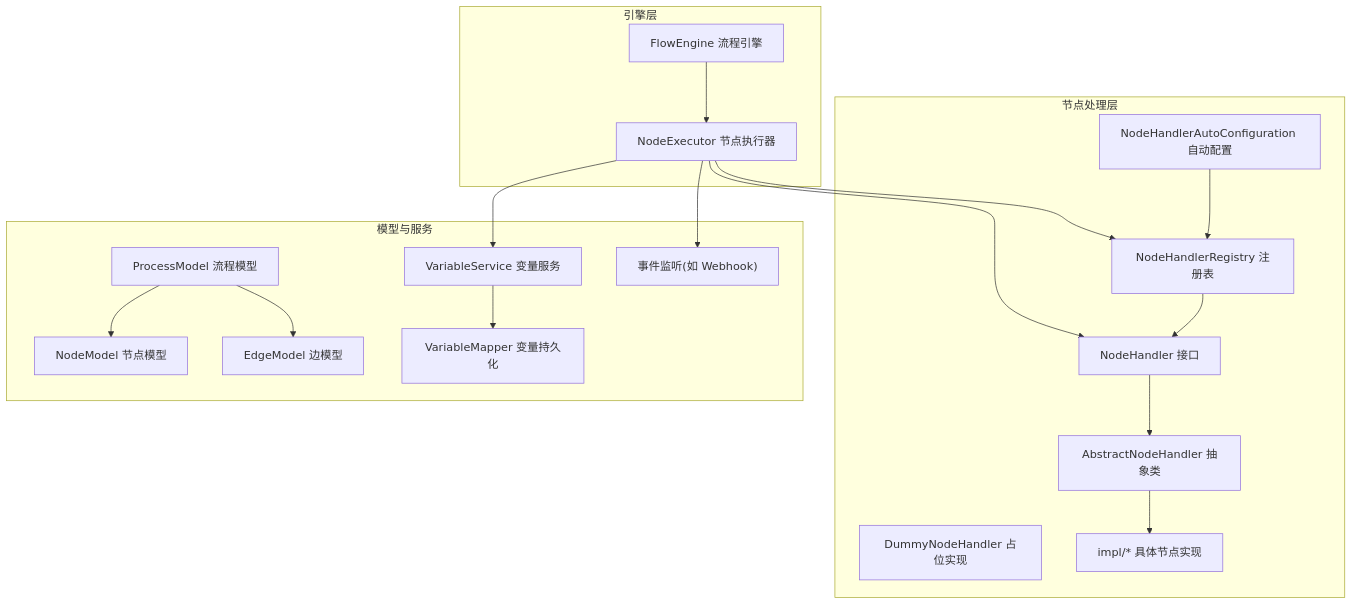
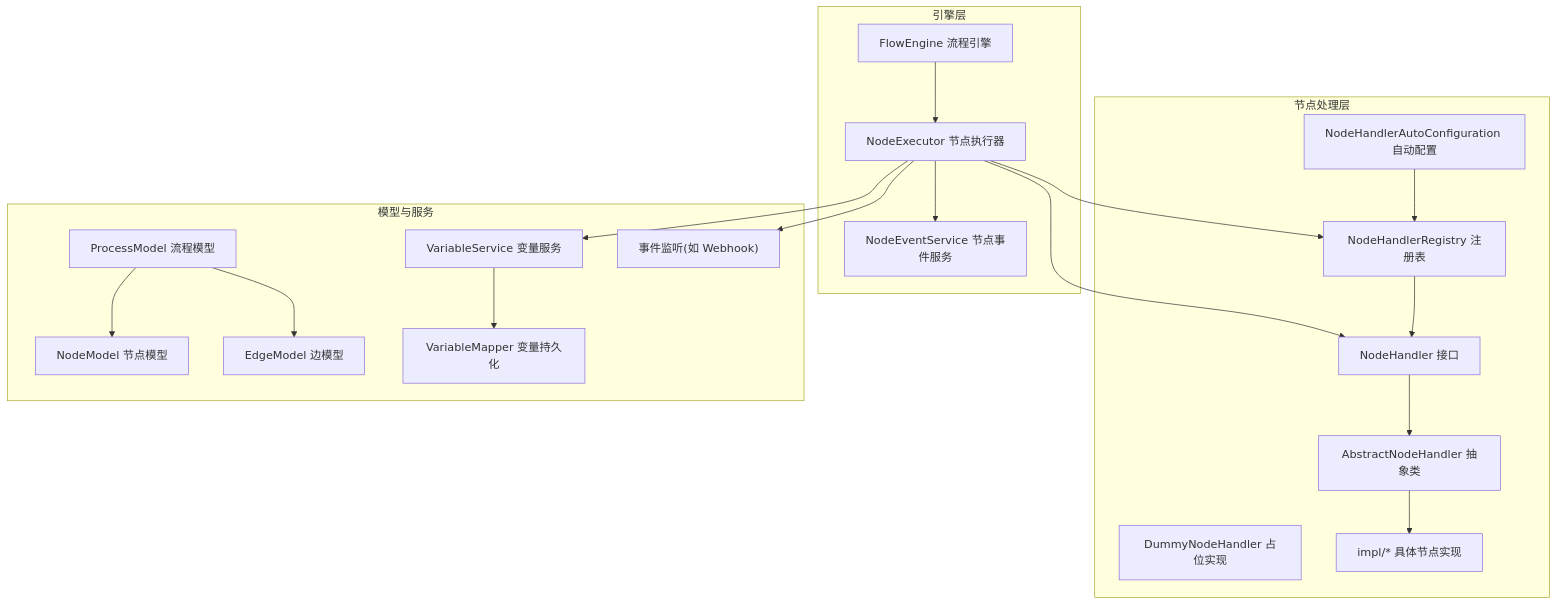
Before and after one commit to liming-lihaini/workflow: the first of 5 diagrams in .qoder/repowiki/zh/content/核心引擎设计/节点处理器架构/节点处理器架构.md, drawn with Mermaid. The commit also changed other lines of this file and 9 other files, not shown here.

````diff
--- a/.qoder/repowiki/zh/content/核心引擎设计/节点处理器架构/节点处理器架构.md
+++ b/.qoder/repowiki/zh/content/核心引擎设计/节点处理器架构/节点处理器架构.md
@@ -60,35 +70,37 @@
 ```mermaid
 graph TB
 subgraph "节点处理层"
 NH["NodeHandler 接口"]
 ANH["AbstractNodeHandler 抽象类"]
 REG["NodeHandlerRegistry 注册表"]
 CFG["NodeHandlerAutoConfiguration 自动配置"]
 DUMMY["DummyNodeHandler 占位实现"]
 IMPL["impl/* 具体节点实现"]
 end
 subgraph "引擎层"
 FE["FlowEngine 流程引擎"]
 NE["NodeExecutor 节点执行器"]
+NES["NodeEventService 节点事件服务"]
 end
 subgraph "模型与服务"
 PM["ProcessModel 流程模型"]
 NM["NodeModel 节点模型"]
 EM["EdgeModel 边模型"]
 VS["VariableService 变量服务"]
 VM["VariableMapper 变量持久化"]
 EV["事件监听(如 Webhook)"]
 end
 NH --> ANH
 ANH --> IMPL
 REG --> NH
 CFG --> REG
 FE --> NE
+NE --> NES
 NE --> REG
 NE --> NH
 NE --> VS
 NE --> EV
 PM --> NM
 PM --> EM
 VS --> VM
 ```
````
